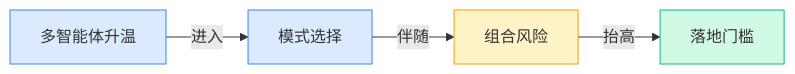
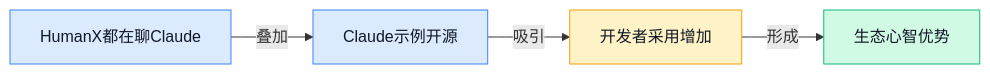
Before and after one commit to ylzsdafei/ai-daily-site: the third of 8 diagrams in content/cn/blog/weekly/2026-W16.md, drawn with Mermaid. The commit also changed other lines of this file and 1 other file, not shown here.

````diff
--- a/content/cn/blog/weekly/2026-W16.md
+++ b/content/cn/blog/weekly/2026-W16.md
@@ -85,12 +81,10 @@
 ```mermaid
 graph LR
-A[多智能体升温] -->|进入| B[模式选择]
-B -->|伴随| C[组合风险]
-C -->|抬高| D[落地门槛]
-classDef blue fill:#dbeafe,stroke:#3b82f6
-classDef yellow fill:#fef3c7,stroke:#f59e0b
-classDef green fill:#d1fae5,stroke:#10b981
+A[HumanX都在聊Claude] -->|叠加| B[Claude示例开源] -->|吸引| C[开发者采用增加] -->|形成| D[生态心智优势]
+classDef blue fill:#dbeafe,stroke:#3b82f6,color:#111827
+classDef yellow fill:#fef3c7,stroke:#f59e0b,color:#111827
+classDef green fill:#d1fae5,stroke:#10b981,color:#111827
 class A,B blue
 class C yellow
 class D green
 ```
````
